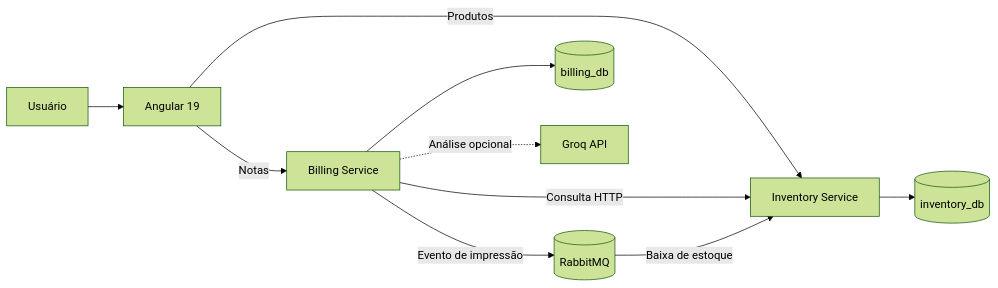
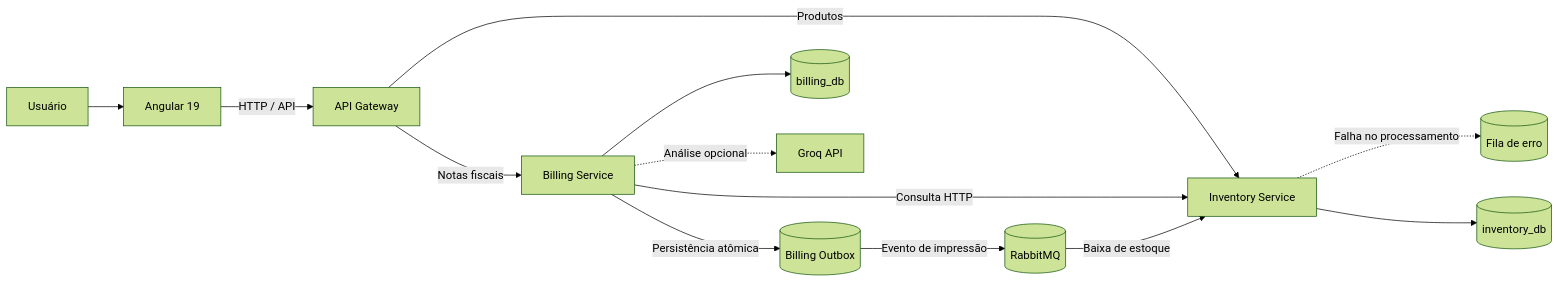
One commit to alissonjcjk/Korp_Teste_Alisson_Bernadino changed the diagram in README.md. Above: the diagram before and after it, drawn with Mermaid (forest theme).

Commit message:
fix: adição de mais detalhes no readme

````diff
--- a/README.md
+++ b/README.md
@@ -92,12 +92,15 @@
 ```mermaid
 flowchart LR
     U[Usuário] --> WEB[Angular 19]
-    WEB -->|Produtos| INV[Inventory Service]
-    WEB -->|Notas| BILL[Billing Service]
+    WEB -->|HTTP / API| GW[API Gateway]
+    GW -->|Produtos| INV[Inventory Service]
+    GW -->|Notas fiscais| BILL[Billing Service]
     BILL -->|Consulta HTTP| INV
-    BILL -->|Evento de impressão| MQ[(RabbitMQ)]
+    BILL -->|Persistência atômica| OUTBOX[(Billing Outbox)]
+    OUTBOX -->|Evento de impressão| MQ[(RabbitMQ)]
     MQ -->|Baixa de estoque| INV
+    INV -.->|Falha no processamento| ERRORQ[(Fila de erro)]
     INV --> IDB[(inventory_db)]
     BILL --> BDB[(billing_db)]
     BILL -.->|Análise opcional| GROQ[Groq API]
 ```
````
